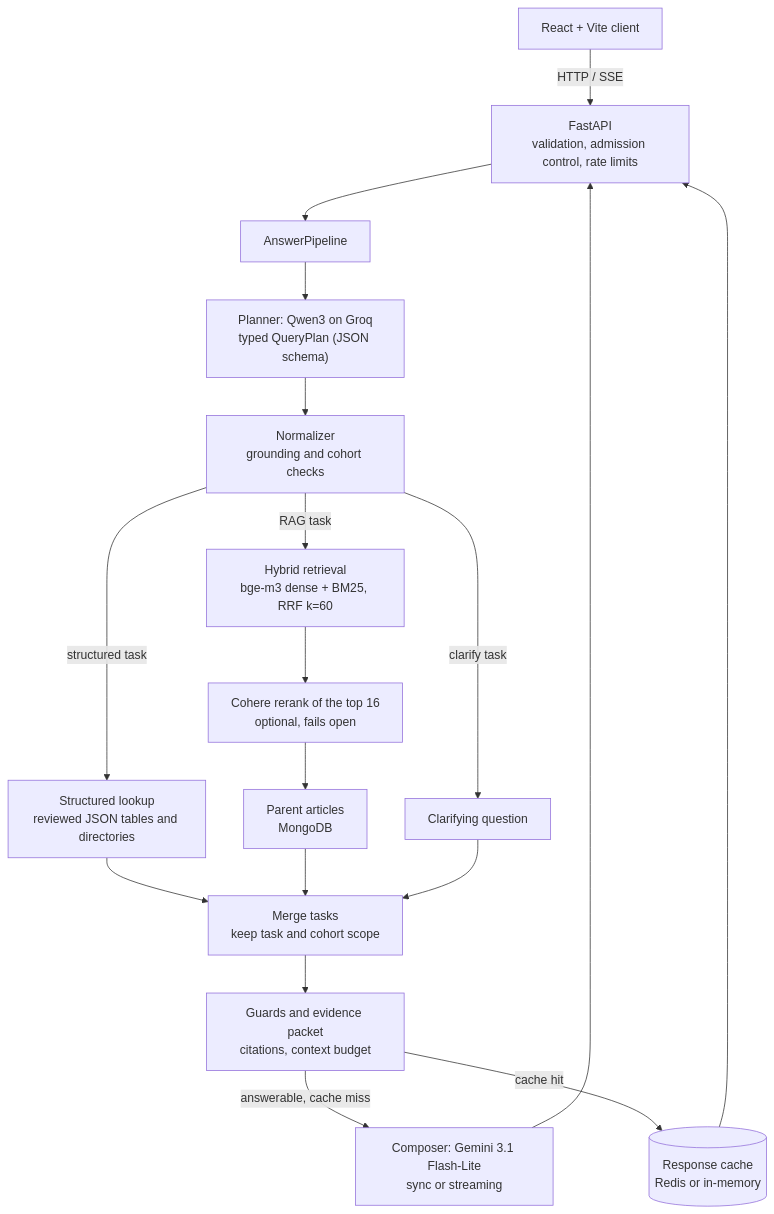
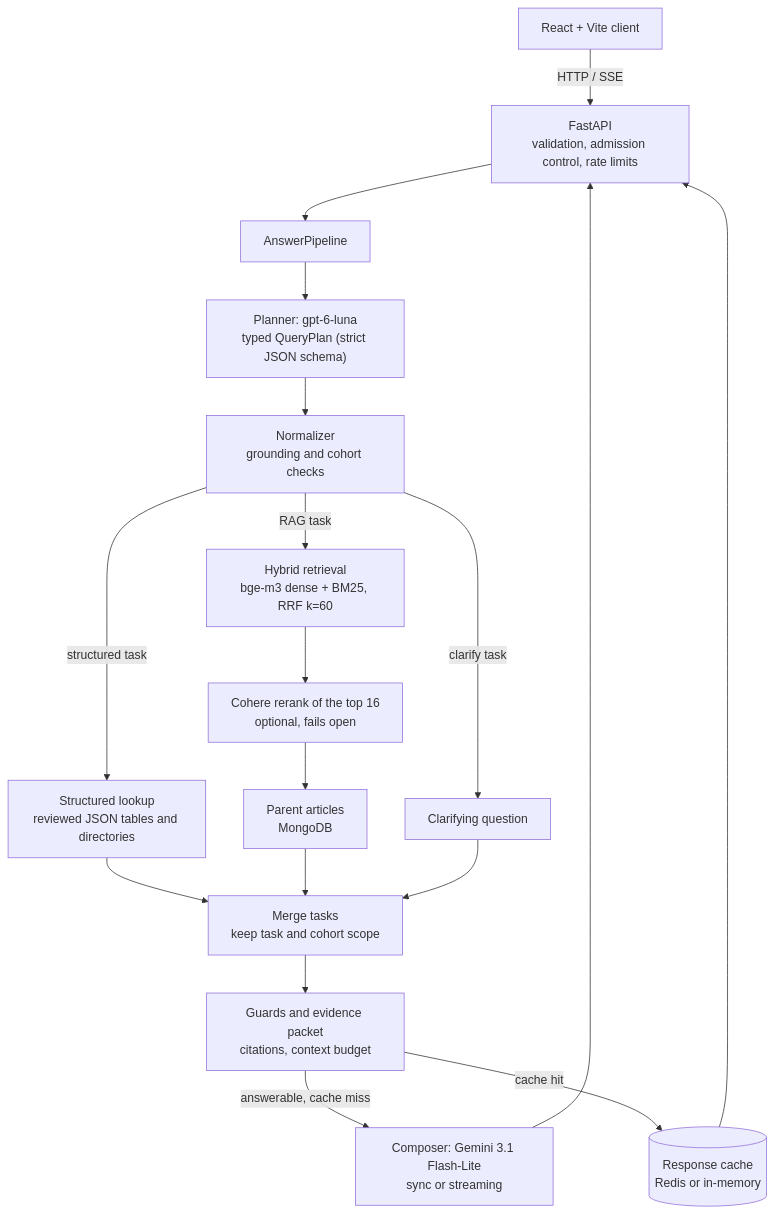
The first of 7 diagrams in README.md (AnhPhiNe/student-handbook-rag-chatbot), drawn with Mermaid before and after one commit. The commit also changed other lines of this file and 24 other files, not shown here.

````diff
--- a/README.md
+++ b/README.md
@@ -75,20 +75,20 @@
 ```mermaid
 flowchart TD
     UI["React + Vite client"] -->|"HTTP / SSE"| API["FastAPI<br/>validation, admission control, rate limits"]
     API --> Pipeline["AnswerPipeline"]
-    Pipeline --> Planner["Planner: Qwen3 on Groq<br/>typed QueryPlan (JSON schema)"]
+    Pipeline --> Planner["Planner: gpt-6-luna<br/>typed QueryPlan (strict JSON schema)"]
     Planner --> Normalizer["Normalizer<br/>grounding and cohort checks"]
     Normalizer -->|structured task| Lookup["Structured lookup<br/>reviewed JSON tables and directories"]
     Normalizer -->|RAG task| Retrieve["Hybrid retrieval<br/>bge-m3 dense + BM25, RRF k=60"]
     Normalizer -->|clarify task| Clarify["Clarifying question"]
     Retrieve --> Rerank["Cohere rerank of the top 16<br/>optional, fails open"]
     Rerank --> Parents["Parent articles<br/>MongoDB"]
     Lookup --> Merge["Merge tasks<br/>keep task and cohort scope"]
     Parents --> Merge
     Clarify --> Merge
     Merge --> Packet["Guards and evidence packet<br/>citations, context budget"]
     Packet -->|answerable, cache miss| Composer["Composer: Gemini 3.1 Flash-Lite<br/>sync or streaming"]
     Packet -->|cache hit| Cache[("Response cache<br/>Redis or in-memory")]
     Composer --> API
     Cache --> API
 ```
````
